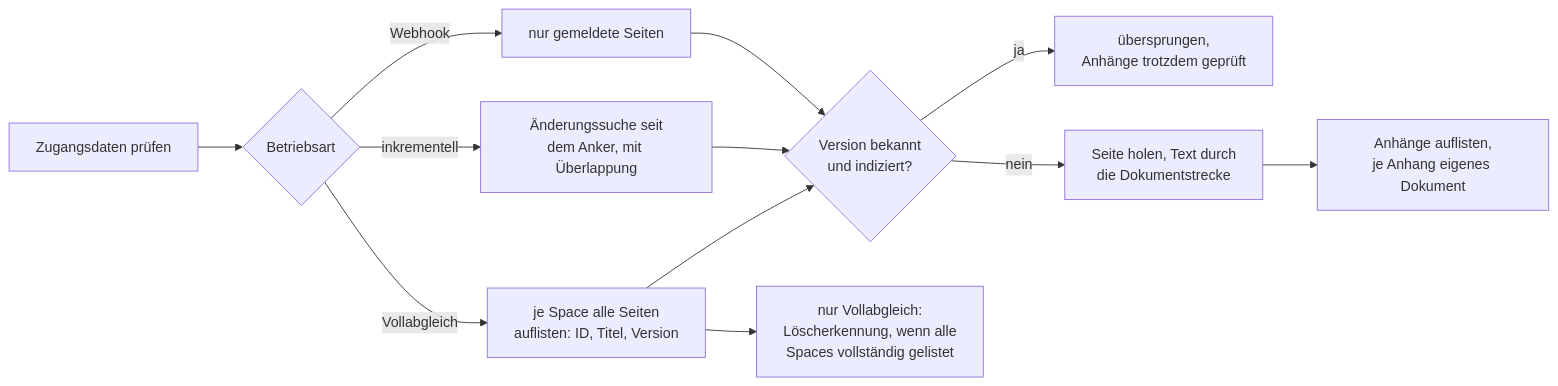
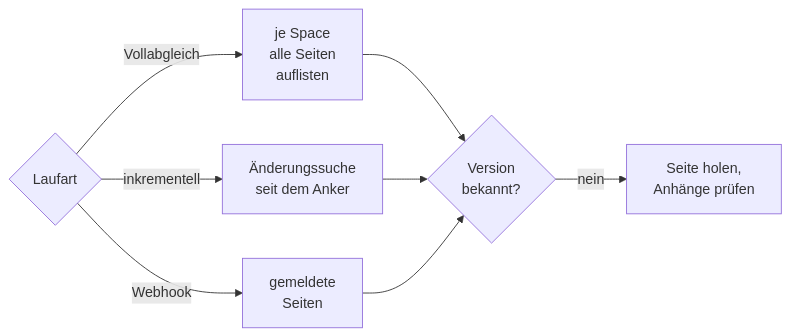
One commit to criew/opaa changed the second of 2 diagrams in docs/handbuch/konnektoren/confluence.md. Above: the diagram before and after it, drawn with Mermaid. The commit also changed other lines of this file and 16 other files, not shown here.

First line of the commit message:
docs(handbuch): Konnektor-Kapitel vereinheitlichen, gegen den Code prüfen und straffen (#2533)

````diff
--- a/docs/handbuch/konnektoren/confluence.md
+++ b/docs/handbuch/konnektoren/confluence.md
@@ -42,14 +80,10 @@
 ```mermaid
 flowchart LR
-    A[Zugangsdaten prüfen] --> B{Betriebsart}
-    B -- Vollabgleich --> L[je Space alle Seiten<br/>auflisten: ID, Titel, Version]
-    B -- inkrementell --> S[Änderungssuche seit<br/>dem Anker, mit Überlappung]
-    B -- Webhook --> W[nur gemeldete Seiten]
-    L --> V{Version bekannt<br/>und indiziert?}
+    B{Laufart} -- Vollabgleich --> L[je Space<br/>alle Seiten<br/>auflisten]
+    B -- inkrementell --> S[Änderungssuche<br/>seit dem Anker]
+    B -- Webhook --> W[gemeldete<br/>Seiten]
+    L --> V{Version<br/>bekannt?}
     S --> V
     W --> V
-    V -- ja --> SK[übersprungen,<br/>Anhänge trotzdem geprüft]
-    V -- nein --> P[Seite holen, Text durch<br/>die Dokumentstrecke]
-    P --> AT[Anhänge auflisten,<br/>je Anhang eigenes Dokument]
-    L --> R[nur Vollabgleich:<br/>Löscherkennung, wenn alle<br/>Spaces vollständig gelistet]
+    V -- nein --> P[Seite holen,<br/>Anhänge prüfen]
 ```
````
